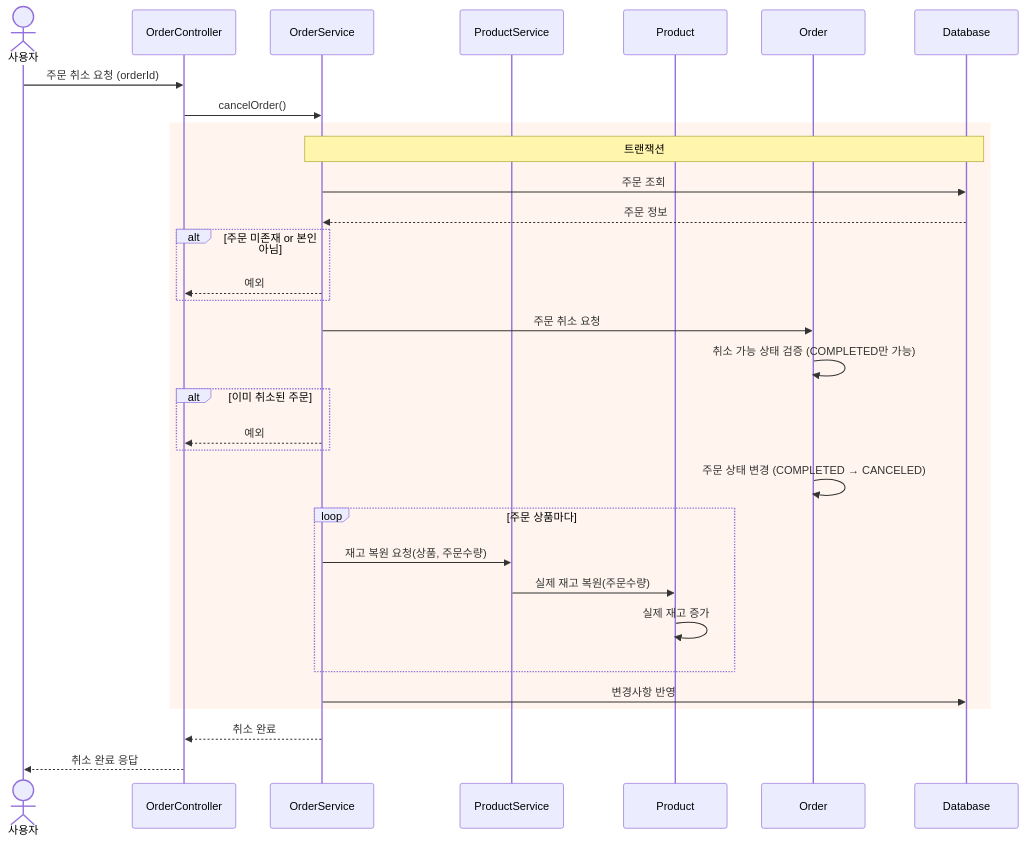
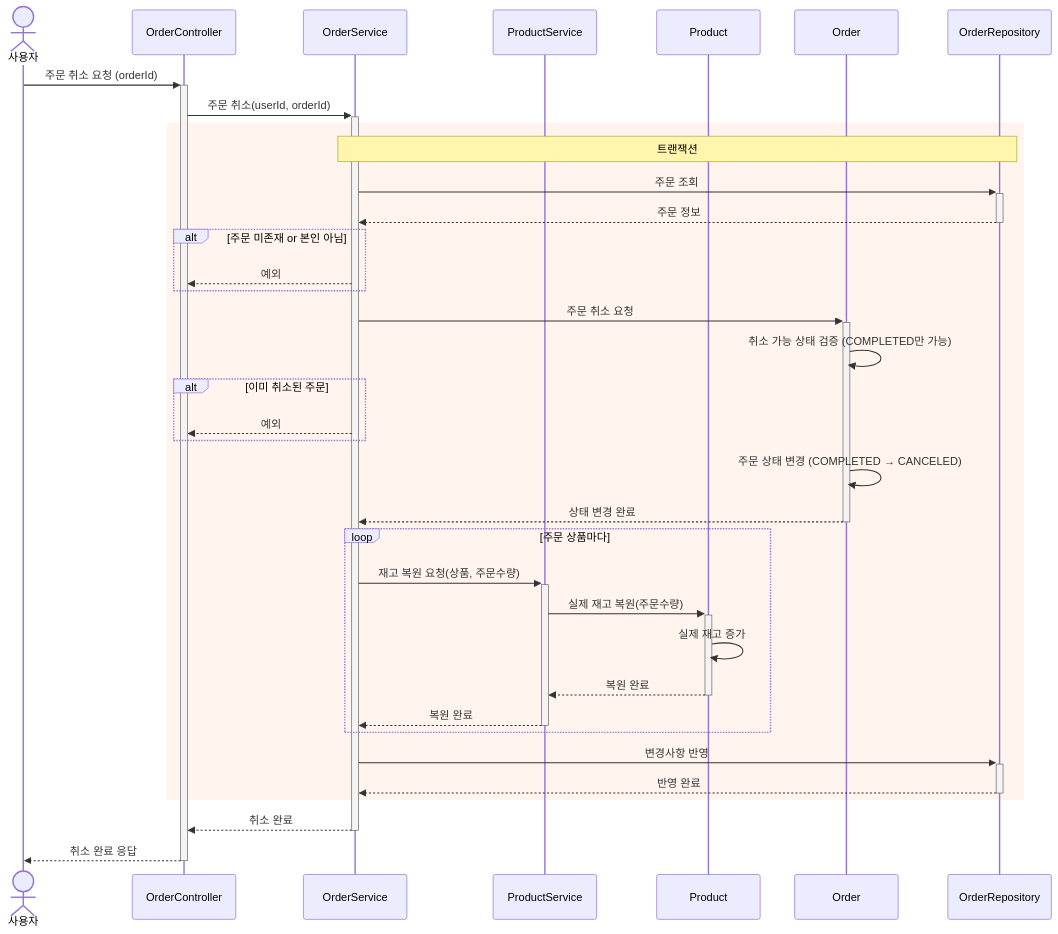
Diagram 19 of 23 in docs/design/02-sequence-diagrams.md (kimjunyoung90/loop-pack-be-l2-vol3-java), drawn with Mermaid before and after one commit. The commit also changed other lines of this file and 3 other files, not shown here.

````diff
--- a/docs/design/02-sequence-diagrams.md
+++ b/docs/design/02-sequence-diagrams.md
@@ -124,43 +639,47 @@
 ```mermaid
 sequenceDiagram
     actor User as 사용자
     participant OC as OrderController
     participant OS as OrderService
     participant PS as ProductService
     participant P as Product
     participant O as Order
-    participant DB as Database
+    participant OR as OrderRepository
 
-    User->>OC: 주문 취소 요청 (orderId)
-    OC->>OS: cancelOrder()
+    User->>+OC: 주문 취소 요청 (orderId)
+    OC->>+OS: 주문 취소(userId, orderId)
 
     rect rgb(255, 245, 238)
-        Note over OS, DB: 트랜잭션
-        OS->>DB: 주문 조회
-        DB-->>OS: 주문 정보
+        Note over OS, OR: 트랜잭션
+        OS->>+OR: 주문 조회
+        OR-->>-OS: 주문 정보
 
         alt 주문 미존재 or 본인 아님
             OS-->>OC: 예외
         end
 
-        OS->>O: 주문 취소 요청
+        OS->>+O: 주문 취소 요청
         O->>O: 취소 가능 상태 검증 (COMPLETED만 가능)
 
         alt 이미 취소된 주문
             OS-->>OC: 예외
         end
 
         O->>O: 주문 상태 변경 (COMPLETED → CANCELED)
+        O-->>-OS: 상태 변경 완료
 
         loop 주문 상품마다
-            OS->>PS: 재고 복원 요청(상품, 주문수량)
-            PS->>P: 실제 재고 복원(주문수량)
+            OS->>+PS: 재고 복원 요청(상품, 주문수량)
+            PS->>+P: 실제 재고 복원(주문수량)
             P->>P: 실제 재고 증가
+            P-->>-PS: 복원 완료
+            PS-->>-OS: 복원 완료
         end
 
-        OS->>DB: 변경사항 반영
+        OS->>+OR: 변경사항 반영
+        OR-->>-OS: 반영 완료
     end
 
-    OS-->>OC: 취소 완료
-    OC-->>User: 취소 완료 응답
+    OS-->>-OC: 취소 완료
+    OC-->>-User: 취소 완료 응답
 ```
````
